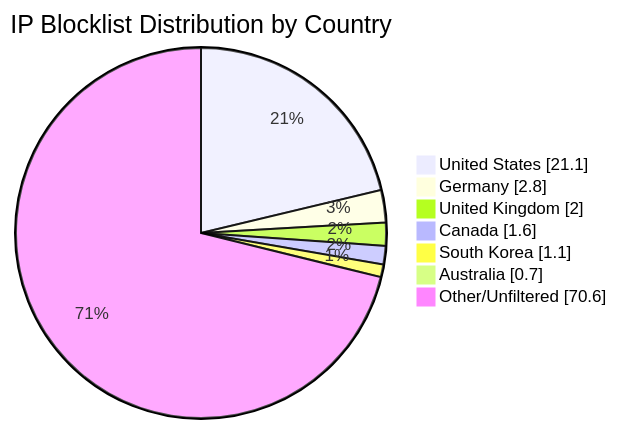
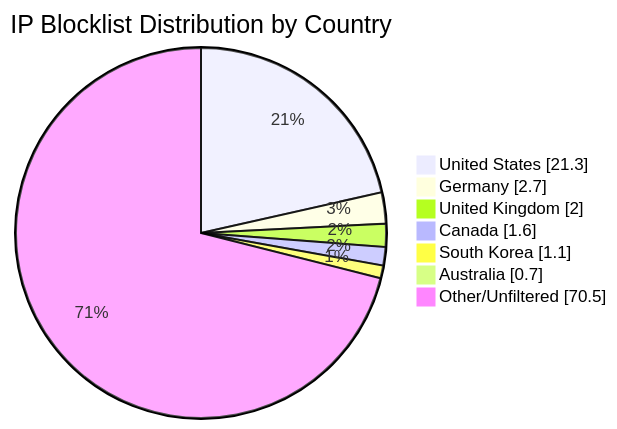
One commit to MarcusHoltz/ipblocklist-geofiltered-aggregator changed the diagram in README.md. Above: the diagram before and after it, drawn with Mermaid. The commit also changed other lines of this file and 9 other files, not shown here.

````diff
--- a/README.md
+++ b/README.md
@@ -34,10 +34,10 @@
 ```mermaid
 pie showData title IP Blocklist Distribution by Country
-"United States" : 21.1
-"Germany" : 2.8
+"United States" : 21.3
+"Germany" : 2.7
 "United Kingdom" : 2.0
 "Canada" : 1.6
 "South Korea" : 1.1
 "Australia" : 0.7
-"Other/Unfiltered" : 70.6
+"Other/Unfiltered" : 70.5
 ```
````
